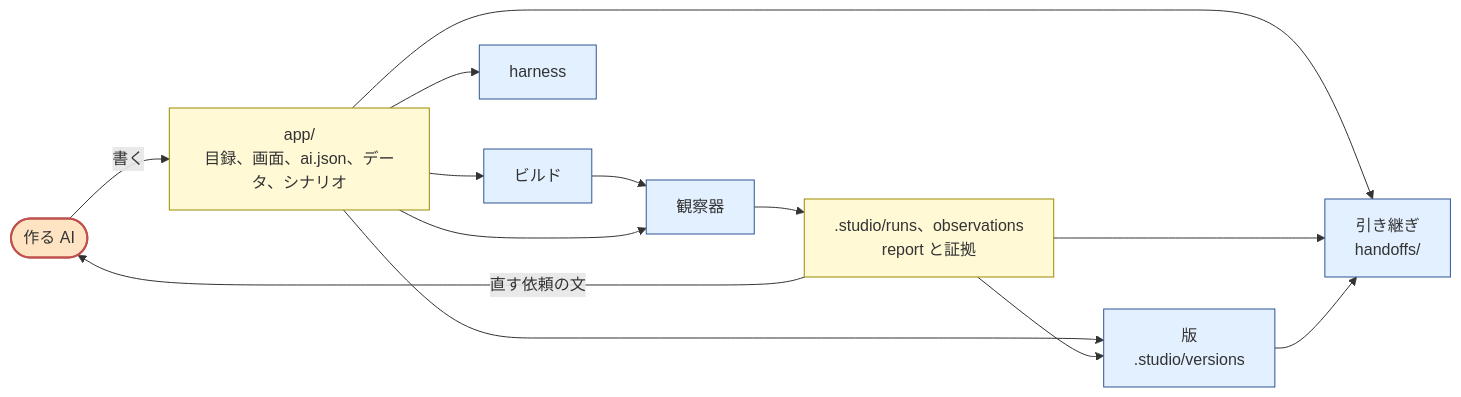
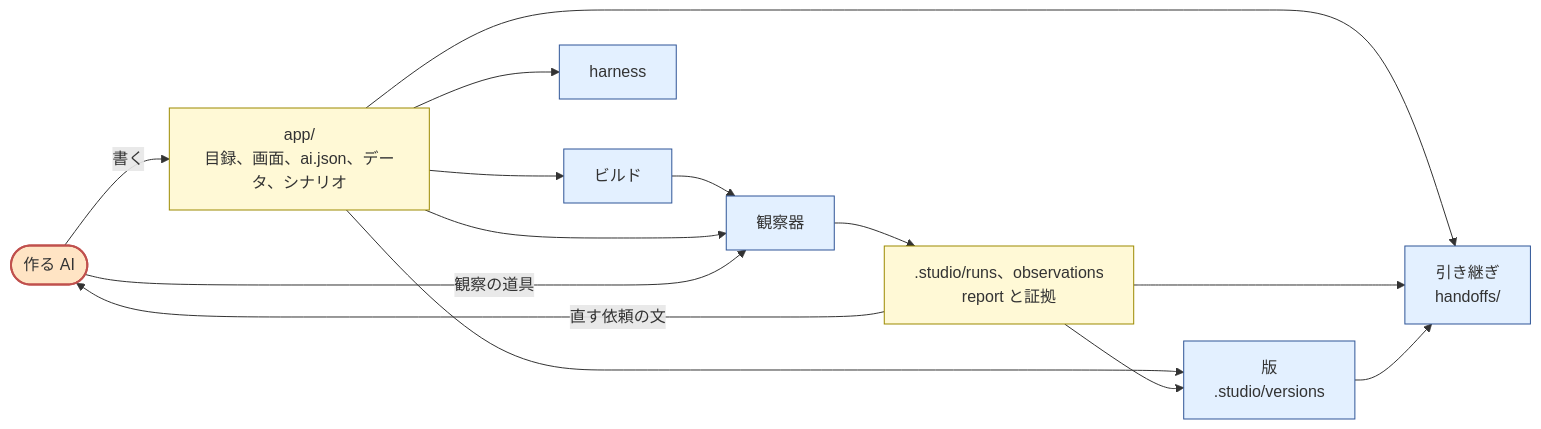
Before and after one commit to jyoka/agent-prototype-studio: the fourth of 5 diagrams in docs/design/harness.md, drawn with Mermaid. The commit also changed other lines of this file and 2 other files, not shown here.

````diff
--- a/docs/design/harness.md
+++ b/docs/design/harness.md
@@ -444,19 +446,20 @@
 ```mermaid
 flowchart LR
   classDef model fill:#ffe4c4,stroke:#c0504d,stroke-width:2px
   classDef code fill:#e3f0ff,stroke:#2f5597
   classDef art fill:#fff9d6,stroke:#9c8a00
 
   MK(["作る AI"]):::model -- 書く --> APP["app/<br/>目録、画面、ai.json、データ、シナリオ"]:::art
   APP --> BLD["ビルド"]:::code
   BLD --> OBS["観察器"]:::code
   APP --> OBS
   APP --> HN["harness"]:::code
   OBS --> EV[".studio/runs、observations<br/>report と証拠"]:::art
   EV -- 直す依頼の文 --> MK
+  MK -- 観察の道具 --> OBS
   APP --> VER["版<br/>.studio/versions"]:::code
   EV --> VER
   APP --> HO["引き継ぎ<br/>handoffs/"]:::code
   EV --> HO
   VER --> HO
 ```
````
